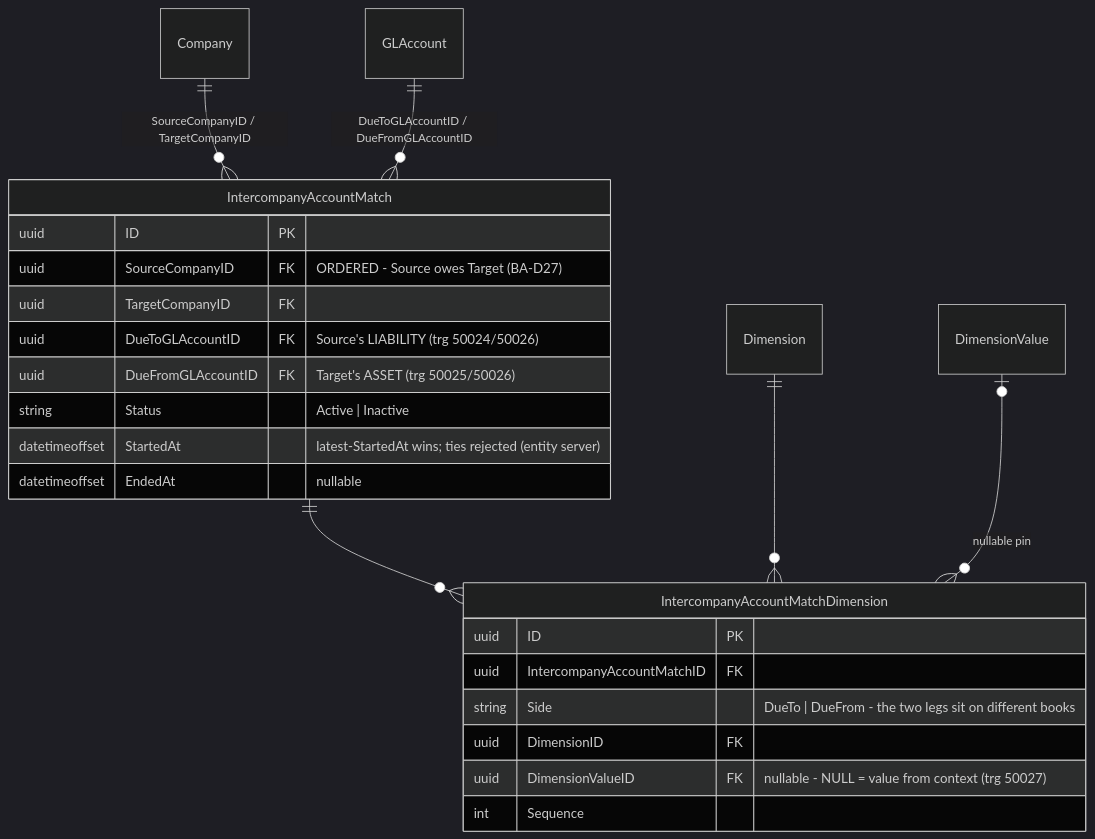
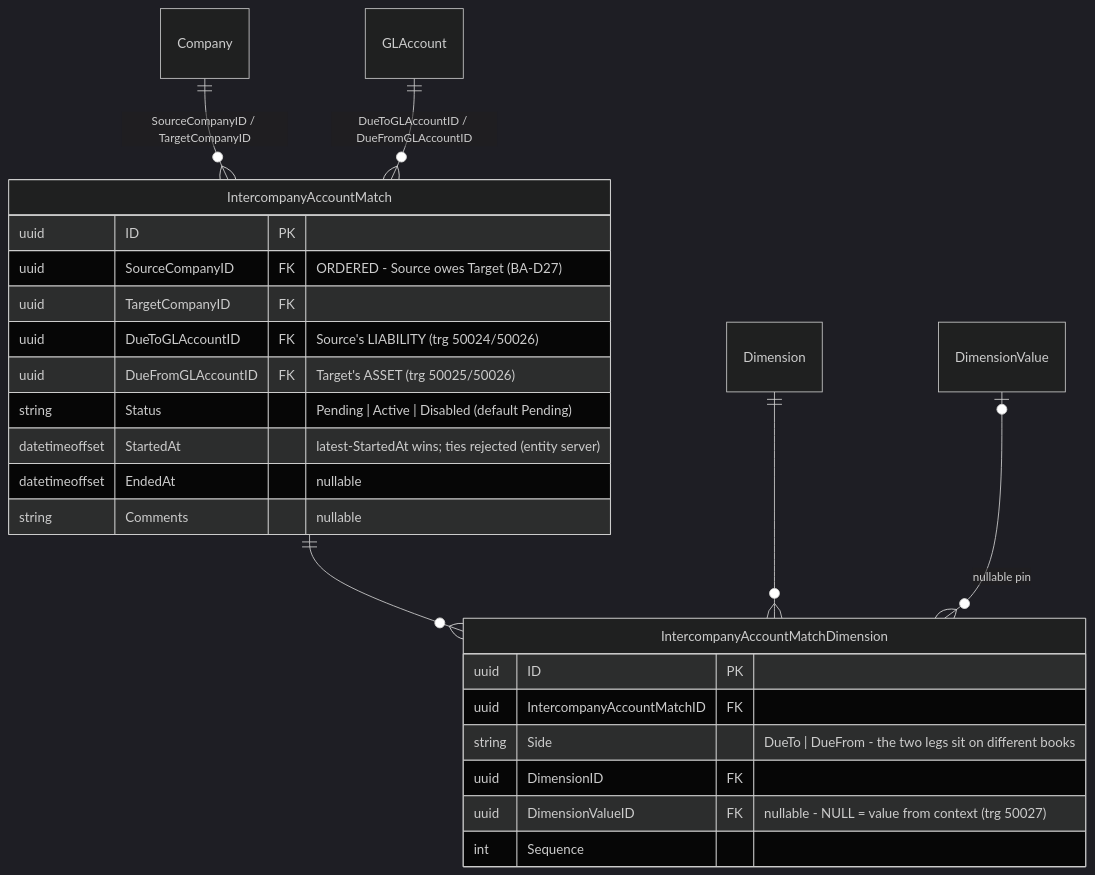
The fifth of 12 diagrams in docs/bizapps-accounting-erd.md (MemberJunction/bizapps-accounting), drawn with Mermaid (dark theme) before and after one commit. The commit also changed other lines of this file and 1 other file, not shown here.

````diff
--- a/docs/bizapps-accounting-erd.md
+++ b/docs/bizapps-accounting-erd.md
@@ -535,27 +555,28 @@
 ```mermaid
 erDiagram
     Company ||--o{ IntercompanyAccountMatch : "SourceCompanyID / TargetCompanyID"
     GLAccount ||--o{ IntercompanyAccountMatch : "DueToGLAccountID / DueFromGLAccountID"
     IntercompanyAccountMatch ||--o{ IntercompanyAccountMatchDimension : ""
     Dimension ||--o{ IntercompanyAccountMatchDimension : ""
     DimensionValue |o--o{ IntercompanyAccountMatchDimension : "nullable pin"
 
     IntercompanyAccountMatch {
         uuid ID PK
         uuid SourceCompanyID FK "ORDERED - Source owes Target (BA-D27)"
         uuid TargetCompanyID FK
         uuid DueToGLAccountID FK "Source's LIABILITY (trg 50024/50026)"
         uuid DueFromGLAccountID FK "Target's ASSET (trg 50025/50026)"
-        string Status "Active | Inactive"
+        string Status "Pending | Active | Disabled (default Pending)"
         datetimeoffset StartedAt "latest-StartedAt wins; ties rejected (entity server)"
         datetimeoffset EndedAt "nullable"
+        string Comments "nullable"
     }
     IntercompanyAccountMatchDimension {
         uuid ID PK
         uuid IntercompanyAccountMatchID FK
         string Side "DueTo | DueFrom - the two legs sit on different books"
         uuid DimensionID FK
         uuid DimensionValueID FK "nullable - NULL = value from context (trg 50027)"
         int Sequence
     }
 ```
````
